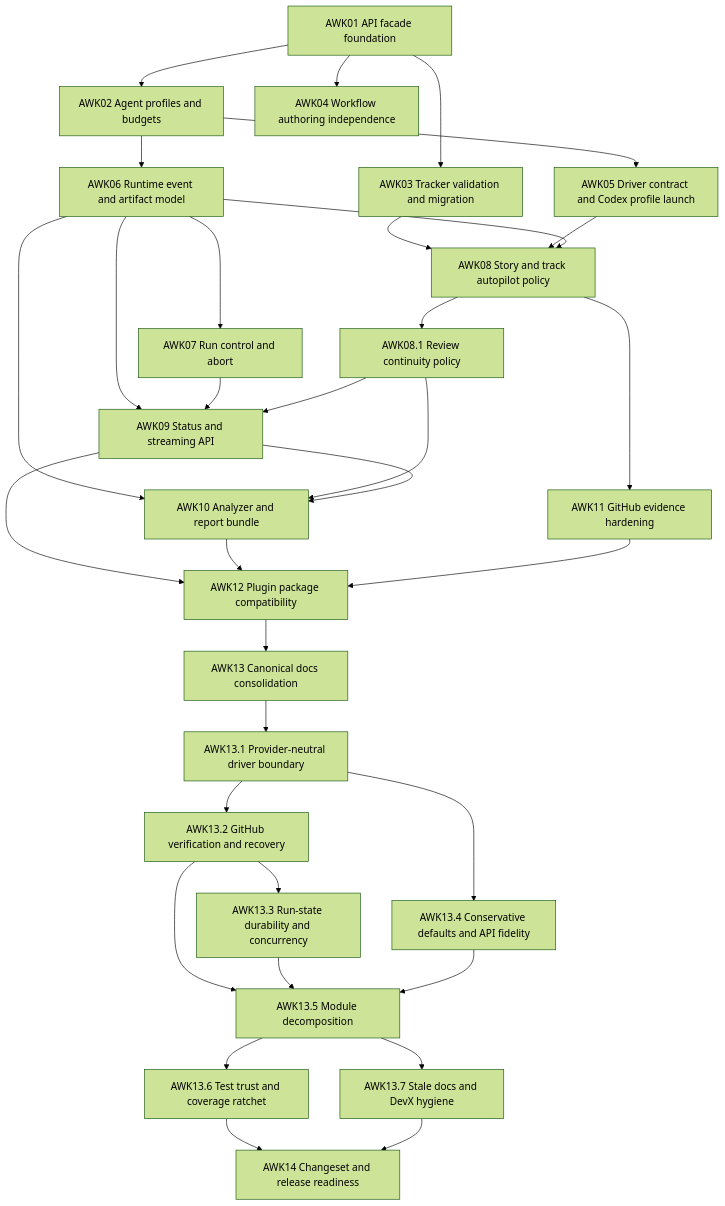
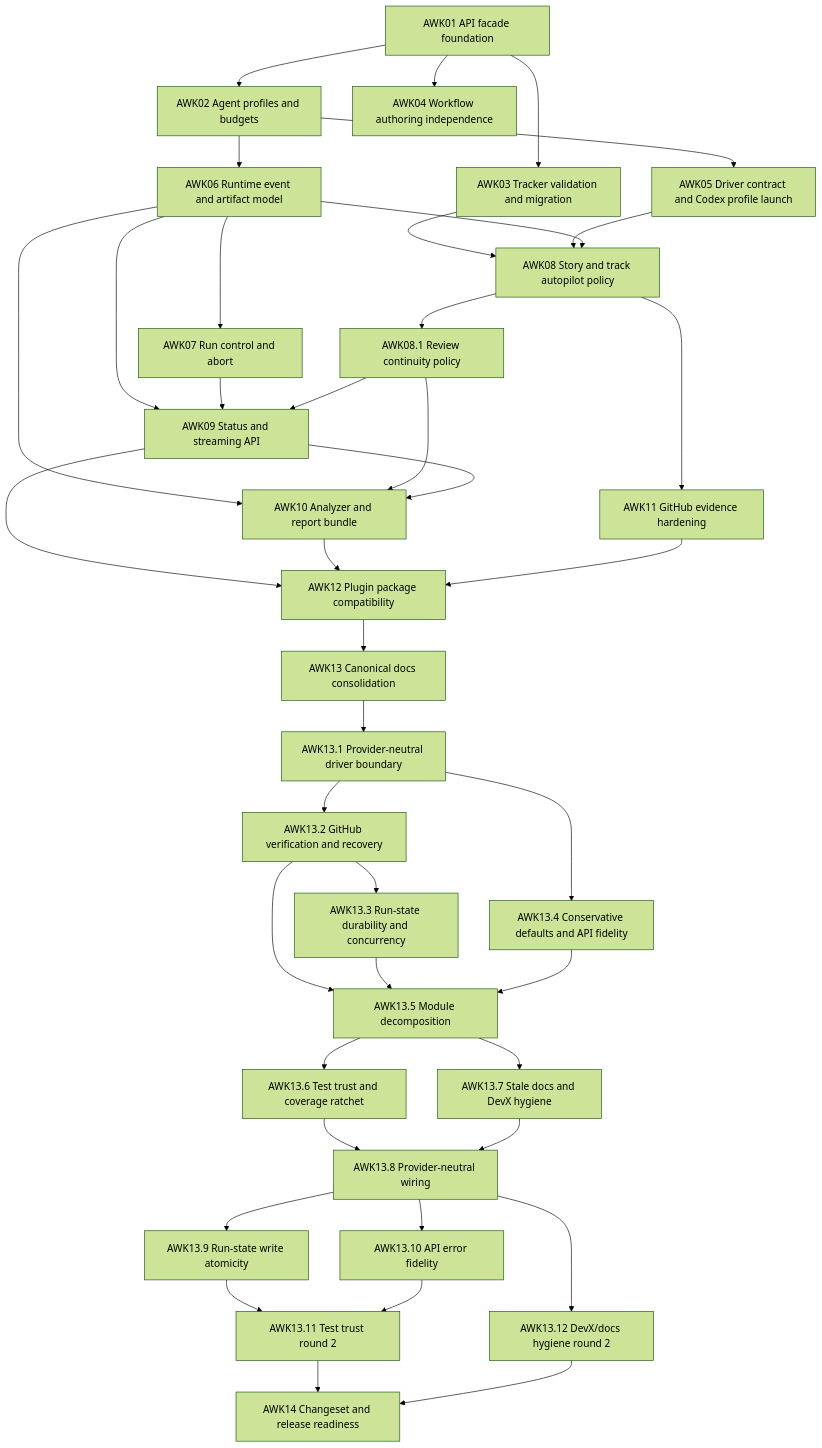
Before and after one commit to aryeko/agentic-workflow-kit: the diagram in docs/tracks/agentic-workflow-kit-redesign/README.md, drawn with Mermaid (forest theme). The commit also changed other lines of this file and 7 other files, not shown here.

First line of the commit message:
docs(awk): round-2 release-hardening review, design, and AWK13.8-13.12 briefs

````diff
--- a/docs/tracks/agentic-workflow-kit-redesign/README.md
+++ b/docs/tracks/agentic-workflow-kit-redesign/README.md
@@ -45,58 +51,70 @@
 ```mermaid
 flowchart TD
   AWK01[AWK01 API facade foundation]
   AWK02[AWK02 Agent profiles and budgets]
   AWK03[AWK03 Tracker validation and migration]
   AWK04[AWK04 Workflow authoring independence]
   AWK05[AWK05 Driver contract and Codex profile launch]
   AWK06[AWK06 Runtime event and artifact model]
   AWK07[AWK07 Run control and abort]
   AWK08[AWK08 Story and track autopilot policy]
   AWK081[AWK08.1 Review continuity policy]
   AWK09[AWK09 Status and streaming API]
   AWK10[AWK10 Analyzer and report bundle]
   AWK11[AWK11 GitHub evidence hardening]
   AWK12[AWK12 Plugin package compatibility]
   AWK13[AWK13 Canonical docs consolidation]
   AWK131[AWK13.1 Provider-neutral driver boundary]
   AWK132[AWK13.2 GitHub verification and recovery]
   AWK133[AWK13.3 Run-state durability and concurrency]
   AWK134[AWK13.4 Conservative defaults and API fidelity]
   AWK135[AWK13.5 Module decomposition]
   AWK136[AWK13.6 Test trust and coverage ratchet]
   AWK137[AWK13.7 Stale docs and DevX hygiene]
+  AWK138[AWK13.8 Provider-neutral wiring]
+  AWK139[AWK13.9 Run-state write atomicity]
+  AWK1310[AWK13.10 API error fidelity]
+  AWK1311[AWK13.11 Test trust round 2]
+  AWK1312[AWK13.12 DevX/docs hygiene round 2]
   AWK14[AWK14 Changeset and release readiness]
 
   AWK01 --> AWK02
   AWK01 --> AWK03
   AWK01 --> AWK04
   AWK02 --> AWK05
   AWK02 --> AWK06
   AWK03 --> AWK08
   AWK05 --> AWK08
   AWK06 --> AWK07
   AWK06 --> AWK08
   AWK06 --> AWK09
   AWK06 --> AWK10
   AWK07 --> AWK09
   AWK08 --> AWK081
   AWK081 --> AWK09
   AWK081 --> AWK10
   AWK08 --> AWK11
   AWK09 --> AWK10
   AWK09 --> AWK12
   AWK10 --> AWK12
   AWK11 --> AWK12
   AWK12 --> AWK13
   AWK13 --> AWK131
   AWK131 --> AWK132
   AWK131 --> AWK134
   AWK132 --> AWK133
   AWK132 --> AWK135
   AWK133 --> AWK135
   AWK134 --> AWK135
   AWK135 --> AWK136
   AWK135 --> AWK137
-  AWK136 --> AWK14
-  AWK137 --> AWK14
+  AWK136 --> AWK138
+  AWK137 --> AWK138
+  AWK138 --> AWK139
+  AWK138 --> AWK1310
+  AWK138 --> AWK1312
+  AWK139 --> AWK1311
+  AWK1310 --> AWK1311
+  AWK1311 --> AWK14
+  AWK1312 --> AWK14
 ```
````
